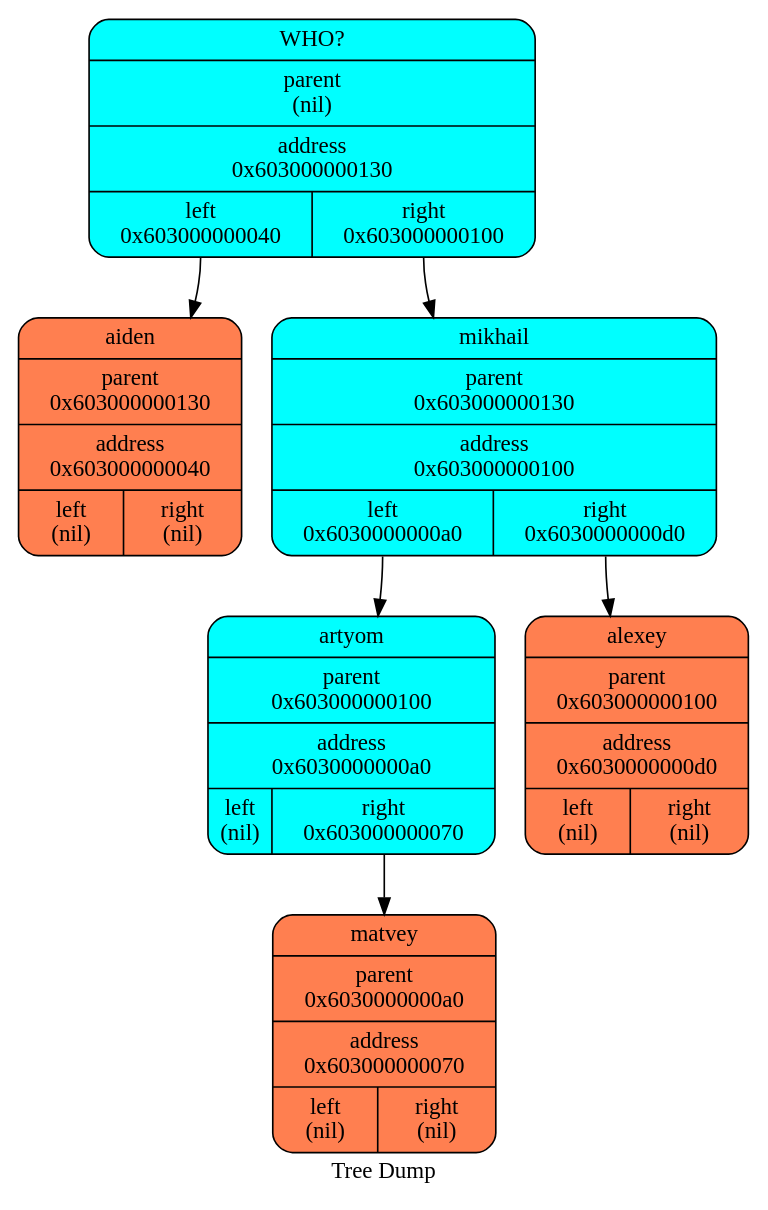
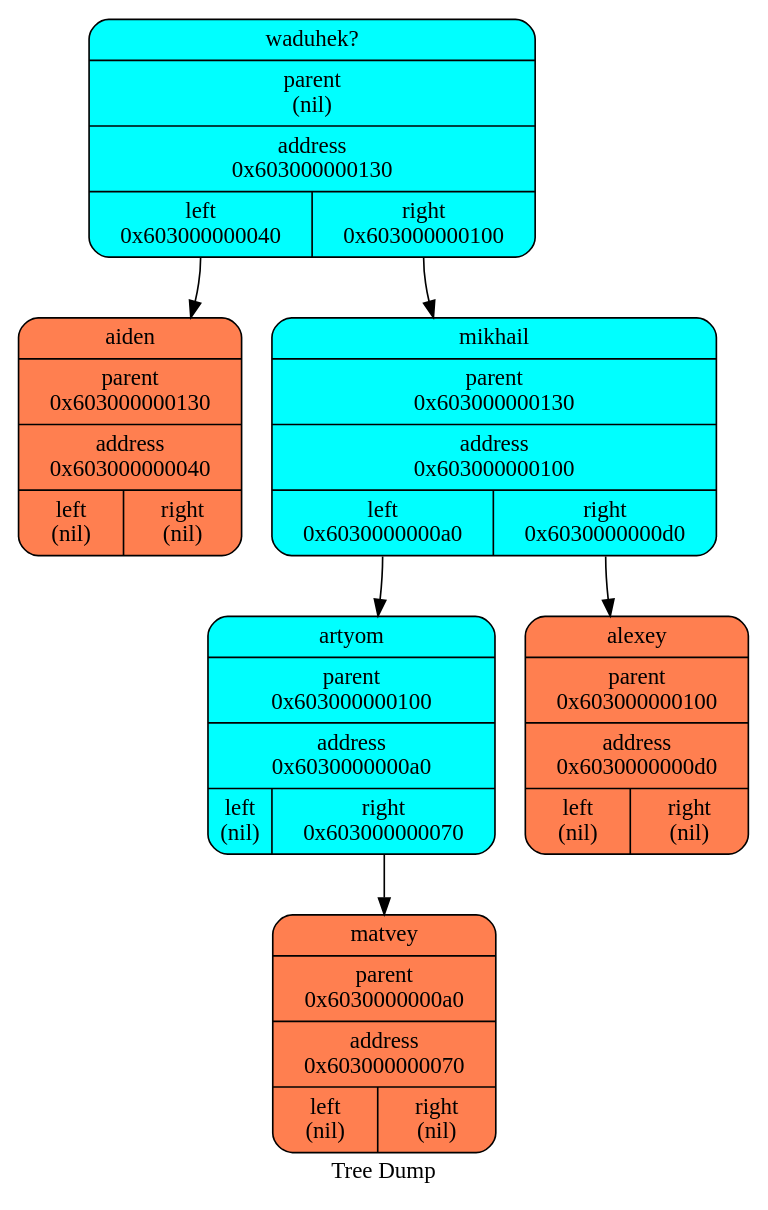
One commit to aidenfmunro/Akinator changed the diagram in log/dot/treegraph_0.dot. Above: the diagram before and after it, drawn with Graphviz. The commit also changed 4 other files, not shown here.

```diff
--- a/log/dot/treegraph_0.dot
+++ b/log/dot/treegraph_0.dot
@@ -1,17 +1,17 @@
   digraph tree  {
   node[   shape     = "Mrecord",  style     = "filled",  fillcolor = "aqua",  fontcolor = "#000000",  margin    = "0.075"];
   rankdir   = "TB";
 
   label     = "Tree Dump";
- "WHO?" [shape = "Mrecord", label = "{<name>WHO? | parent\n(nil) | <f0> address\n0x603000000130| {<left>left\n0x603000000040 | <right>right\n0x603000000100\n}}"];
-  "WHO?":left->"aiden";
+ "waduhek?" [shape = "Mrecord", label = "{<name>waduhek? | parent\n(nil) | <f0> address\n0x603000000130| {<left>left\n0x603000000040 | <right>right\n0x603000000100\n}}"];
+  "waduhek?":left->"aiden";
  "aiden" [shape = "Mrecord", fillcolor = "coral", label = "{<name>aiden | parent\n0x603000000130 | <f0> address\n0x603000000040| {<left>left\n(nil) | <right>right\n(nil)\n}}"];
-  "WHO?":right->"mikhail";
+  "waduhek?":right->"mikhail";
  "mikhail" [shape = "Mrecord", label = "{<name>mikhail | parent\n0x603000000130 | <f0> address\n0x603000000100| {<left>left\n0x6030000000a0 | <right>right\n0x6030000000d0\n}}"];
   "mikhail":left->"artyom";
  "artyom" [shape = "Mrecord", label = "{<name>artyom | parent\n0x603000000100 | <f0> address\n0x6030000000a0| {<left>left\n(nil) | <right>right\n0x603000000070\n}}"];
   "artyom":right->"matvey";
  "matvey" [shape = "Mrecord", fillcolor = "coral", label = "{<name>matvey | parent\n0x6030000000a0 | <f0> address\n0x603000000070| {<left>left\n(nil) | <right>right\n(nil)\n}}"];
   "mikhail":right->"alexey";
  "alexey" [shape = "Mrecord", fillcolor = "coral", label = "{<name>alexey | parent\n0x603000000100 | <f0> address\n0x6030000000d0| {<left>left\n(nil) | <right>right\n(nil)\n}}"];
   }
```
